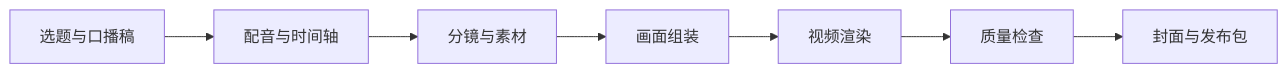
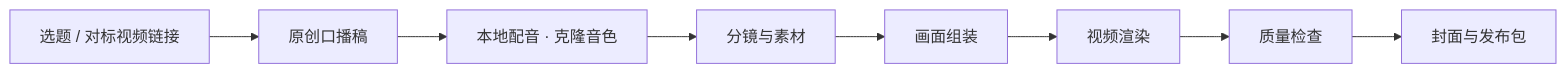
The diagram in README.md (DaBaoAgent/Auto-Video), drawn with Mermaid before and after one commit. The commit also changed other lines of this file, not shown here.

````diff
--- a/README.md
+++ b/README.md
@@ -48,9 +50,10 @@
 ```mermaid
 flowchart LR
-    A[选题与口播稿] --> B[配音与时间轴]
-    B --> C[分镜与素材]
-    C --> D[画面组装]
-    D --> E[视频渲染]
-    E --> F[质量检查]
-    F --> G[封面与发布包]
+    A[选题 / 对标视频链接] --> B[原创口播稿]
+    B --> C[本地配音 · 克隆音色]
+    C --> D[分镜与素材]
+    D --> E[画面组装]
+    E --> F[视频渲染]
+    F --> G[质量检查]
+    G --> H[封面与发布包]
 ```
````
